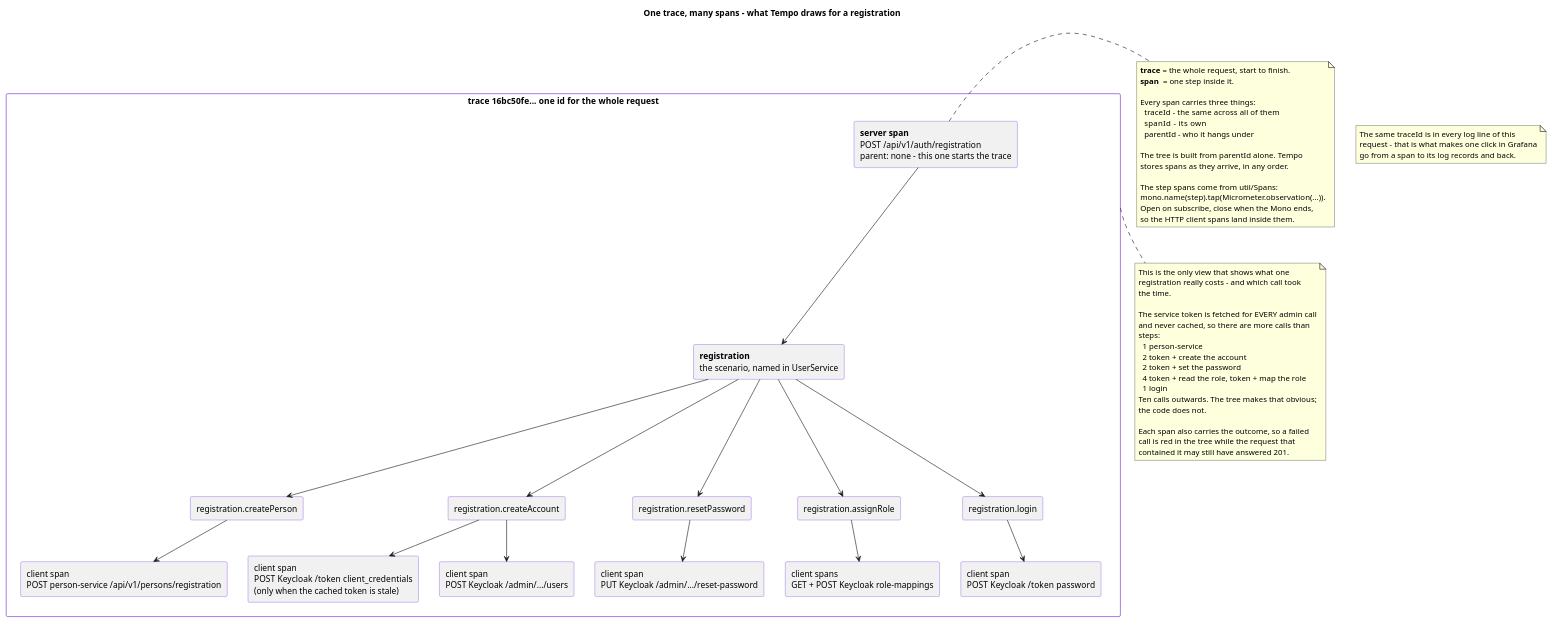
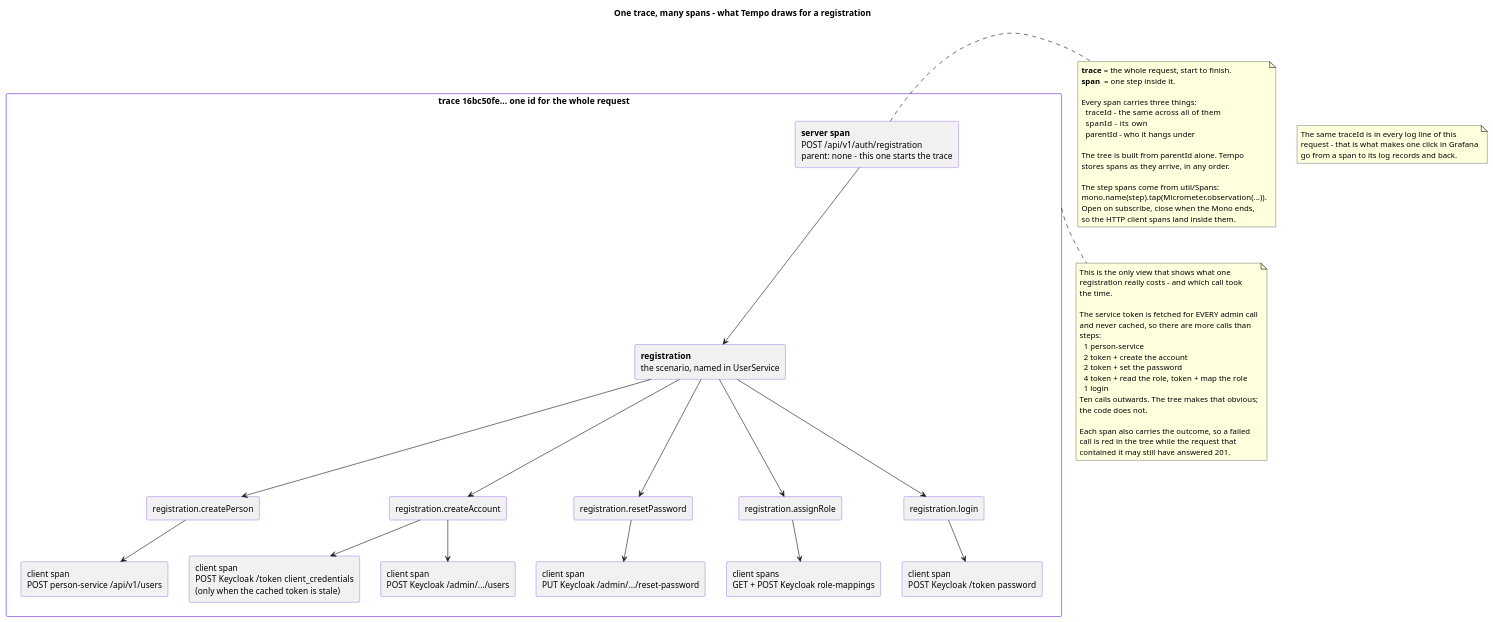
One commit to dezxxx/payment-platform changed the second of 2 diagrams in docs/puml-diagrams/observability.puml. Above: the diagram before and after it, drawn with PlantUML. The commit also changed other lines of this file and 16 other files, not shown here.

Commit message:
docs: describe person-service, the client and compensation

```diff
--- a/docs/puml-diagrams/observability.puml
+++ b/docs/puml-diagrams/observability.puml
@@ -97,84 +97,84 @@
 @startuml trace-tree
 title One trace, many spans - what Tempo draws for a registration
 
 skinparam shadowing false
 skinparam rectangleBorderColor #6d28d9
 
 rectangle "**trace** 16bc50fe...  one id for the whole request" as T {
   rectangle "**server span**\nPOST /api/v1/auth/registration\nparent: none - this one starts the trace" as S0
 
   rectangle "**registration**\nthe scenario, named in UserService" as R
 
   rectangle "registration.createPerson" as R1
   rectangle "registration.createAccount" as R2
   rectangle "registration.resetPassword" as R3
   rectangle "registration.assignRole" as R4
   rectangle "registration.login" as R5
 
-  rectangle "client span\nPOST person-service /api/v1/persons/registration" as H1
+  rectangle "client span\nPOST person-service /api/v1/users" as H1
   rectangle "client span\nPOST Keycloak /token  client_credentials\n(only when the cached token is stale)" as H2
   rectangle "client span\nPOST Keycloak /admin/.../users" as H3
   rectangle "client span\nPUT Keycloak /admin/.../reset-password" as H4
   rectangle "client spans\nGET + POST Keycloak role-mappings" as H5
   rectangle "client span\nPOST Keycloak /token  password" as H6
 }
 
 S0 --> R
 R --> R1
 R --> R2
 R --> R3
 R --> R4
 R --> R5
 R1 --> H1
 R2 --> H2
 R2 --> H3
 R3 --> H4
 R4 --> H5
 R5 --> H6
 
 note right of S0
   **trace** = the whole request, start to finish.
   **span**  = one step inside it.
 
   Every span carries three things:
     traceId  - the same across all of them
     spanId   - its own
     parentId - who it hangs under
 
   The tree is built from parentId alone. Tempo
   stores spans as they arrive, in any order.
 
   The step spans come from util/Spans:
   mono.name(step).tap(Micrometer.observation(...)).
   Open on subscribe, close when the Mono ends,
   so the HTTP client spans land inside them.
 end note
 
 note bottom of T
   This is the only view that shows what one
   registration really costs - and which call took
   the time.
 
   The service token is fetched for EVERY admin call
   and never cached, so there are more calls than
   steps:
     1 person-service
     2 token + create the account
     2 token + set the password
     4 token + read the role, token + map the role
     1 login
   Ten calls outwards. The tree makes that obvious;
   the code does not.
 
   Each span also carries the outcome, so a failed
   call is red in the tree while the request that
   contained it may still have answered 201.
 end note
 
 note as N1
   The same traceId is in every log line of this
   request - that is what makes one click in Grafana
   go from a span to its log records and back.
 end note
 
 @enduml
```
